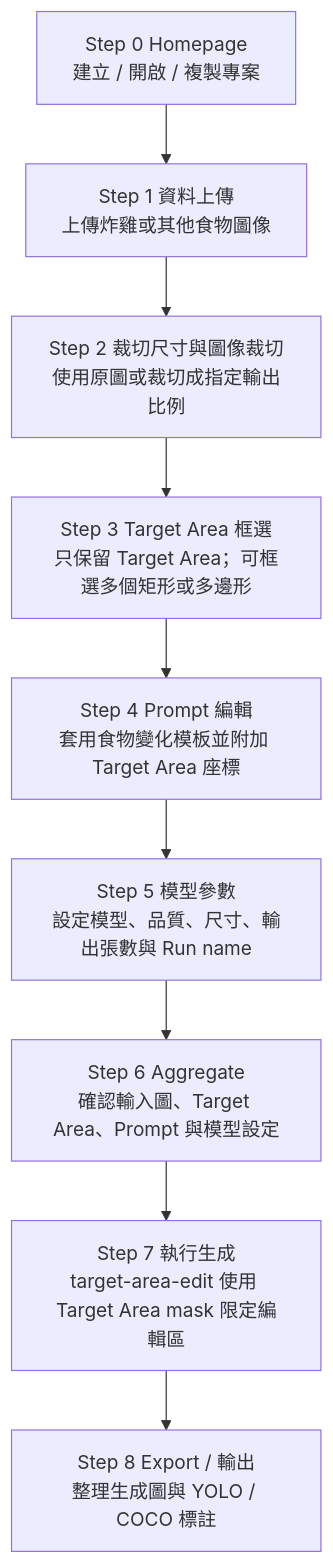
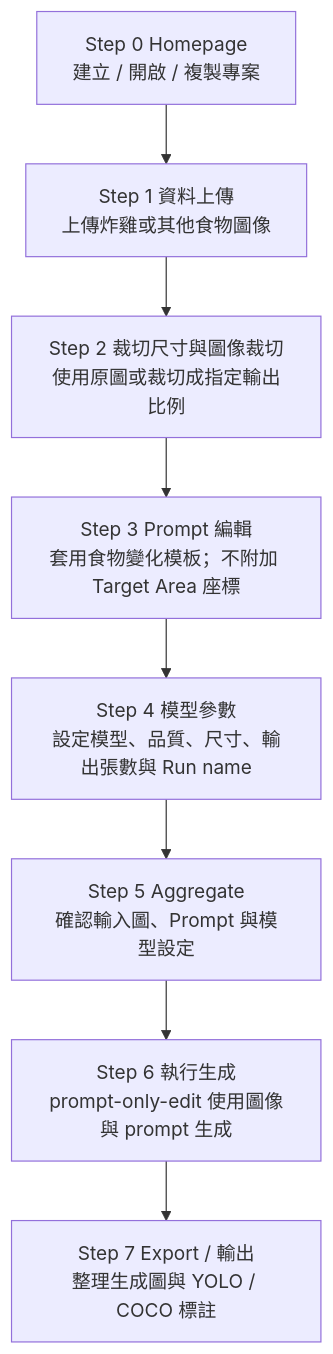
The diagram in docs/Food_Target_Area_Workflow.md (tku411770448/GPT-GenImage-UI-Food), drawn with Mermaid before and after one commit. The commit also changed other lines of this file and 5 other files, not shown here.

Commit message:
Remove Target Area prompt workflow

````diff
--- a/docs/Food_Target_Area_Workflow.md
+++ b/docs/Food_Target_Area_Workflow.md
@@ -5,11 +5,10 @@
 ```mermaid
 flowchart TD
     A[Step 0 Homepage<br/>建立 / 開啟 / 複製專案] --> B[Step 1 資料上傳<br/>上傳炸雞或其他食物圖像]
     B --> C[Step 2 裁切尺寸與圖像裁切<br/>使用原圖或裁切成指定輸出比例]
-    C --> D[Step 3 Target Area 框選<br/>只保留 Target Area；可框選多個矩形或多邊形]
-    D --> E[Step 4 Prompt 編輯<br/>套用食物變化模板並附加 Target Area 座標]
-    E --> F[Step 5 模型參數<br/>設定模型、品質、尺寸、輸出張數與 Run name]
-    F --> G[Step 6 Aggregate<br/>確認輸入圖、Target Area、Prompt 與模型設定]
-    G --> H[Step 7 執行生成<br/>target-area-edit 使用 Target Area mask 限定編輯區]
-    H --> I[Step 8 Export / 輸出<br/>整理生成圖與 YOLO / COCO 標註]
+    C --> D[Step 3 Prompt 編輯<br/>套用食物變化模板；不附加 Target Area 座標]
+    D --> E[Step 4 模型參數<br/>設定模型、品質、尺寸、輸出張數與 Run name]
+    E --> F[Step 5 Aggregate<br/>確認輸入圖、Prompt 與模型設定]
+    F --> G[Step 6 執行生成<br/>prompt-only-edit 使用圖像與 prompt 生成]
+    G --> H[Step 7 Export / 輸出<br/>整理生成圖與 YOLO / COCO 標註]
 ```
````
